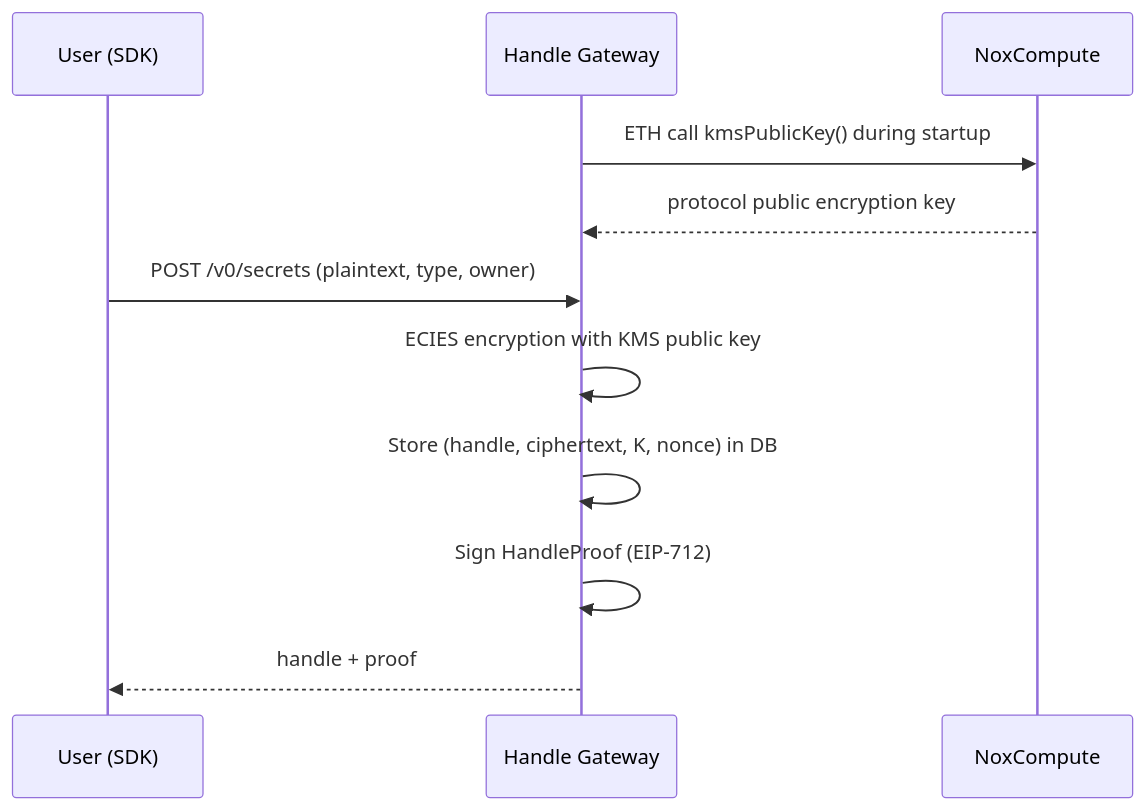
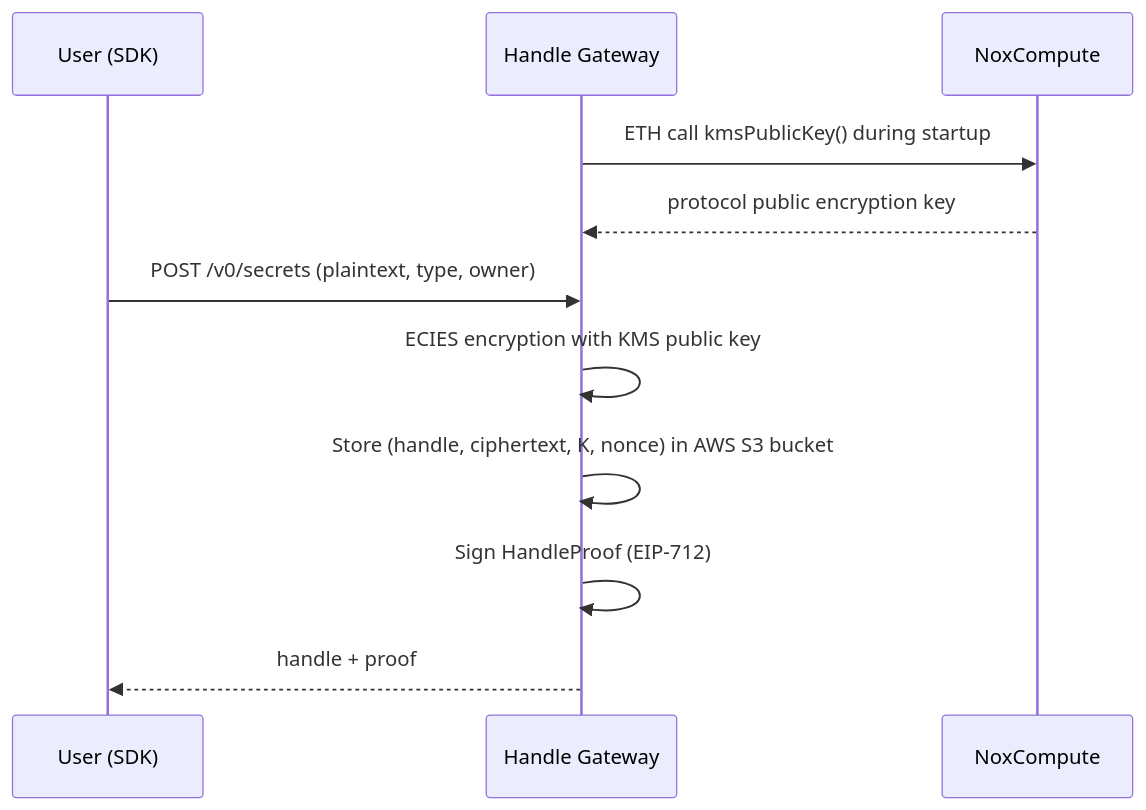
Before and after one commit to iExec-Nox/documentation: the first of 3 diagrams in src/protocol/handle-gateway.md, drawn with Mermaid. The commit also changed other lines of this file, not shown here.

Commit message:
docs: improve mermaid diagrams in protocol/handle-gateway.md

````diff
--- a/src/protocol/handle-gateway.md
+++ b/src/protocol/handle-gateway.md
@@ -30,14 +30,14 @@
 ```mermaid
 sequenceDiagram
     participant U as User (SDK)
     participant GW as Handle Gateway
     participant SC as NoxCompute
 
     GW->>SC: ETH call kmsPublicKey() during startup
     SC-->>GW: protocol public encryption key
     U->>GW: POST /v0/secrets (plaintext, type, owner)
     GW->>GW: ECIES encryption with KMS public key
-    GW->>GW: Store (handle, ciphertext, K, nonce) in DB
+    GW->>GW: Store (handle, ciphertext, K, nonce) in AWS S3 bucket
     GW->>GW: Sign HandleProof (EIP-712)
     GW-->>U: handle + proof
 ```
````
